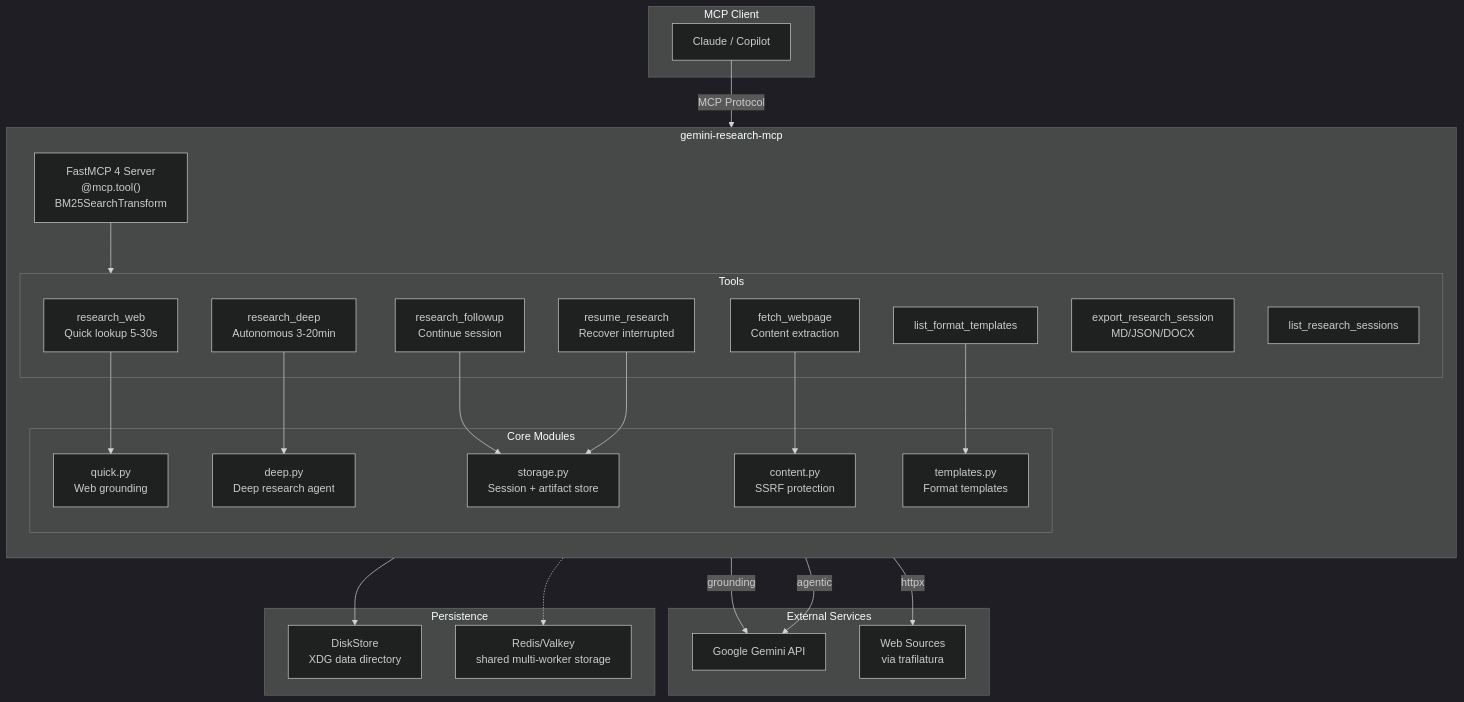
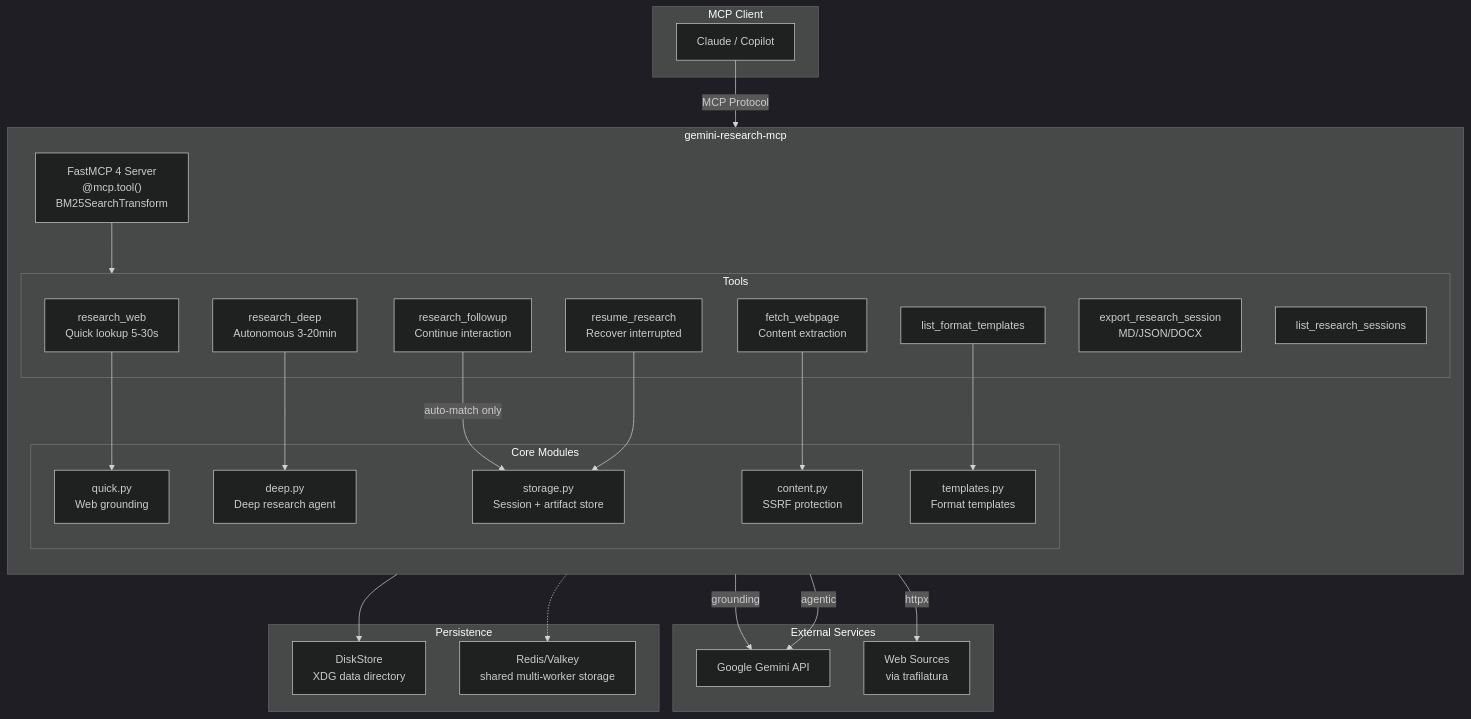
One commit to fortaine/gemini-research-mcp changed the diagram in README.md. Above: the diagram before and after it, drawn with Mermaid (dark theme). The commit also changed other lines of this file and 7 other files, not shown here.

````diff
--- a/README.md
+++ b/README.md
@@ -22,56 +22,56 @@
 ```mermaid
 flowchart TB
     subgraph Client["MCP Client"]
         Claude["Claude / Copilot"]
     end
 
     subgraph Server["gemini-research-mcp"]
         direction TB
         FastMCP["FastMCP 4 Server<br/>@mcp.tool()<br/>BM25SearchTransform"]
         
         subgraph Tools["Tools"]
             RW["research_web<br/>Quick lookup 5-30s"]
             RD["research_deep<br/>Autonomous 3-20min"]
-            RF["research_followup<br/>Continue session"]
+            RF["research_followup<br/>Continue interaction"]
             RR["resume_research<br/>Recover interrupted"]
             FW["fetch_webpage<br/>Content extraction"]
             EX["export_research_session<br/>MD/JSON/DOCX"]
             LS["list_research_sessions"]
             LT["list_format_templates"]
         end
 
         subgraph Modules["Core Modules"]
             Quick["quick.py<br/>Web grounding"]
             Deep["deep.py<br/>Deep research agent"]
             Content["content.py<br/>SSRF protection"]
             StorageMod["storage.py<br/>Session + artifact store"]
             Templates["templates.py<br/>Format templates"]
         end
     end
 
     subgraph External["External Services"]
         Gemini["Google Gemini API"]
         Web["Web Sources<br/>via trafilatura"]
     end
 
     subgraph Storage["Persistence"]
         Disk["DiskStore<br/>XDG data directory"]
         Redis["Redis/Valkey<br/>shared multi-worker storage"]
     end
 
     Claude -->|"MCP Protocol"| FastMCP
     FastMCP --> Tools
     
     RW --> Quick
     RD --> Deep
-    RF --> StorageMod
+    RF -->|"auto-match only"| StorageMod
     RR --> StorageMod
     FW --> Content
     LT --> Templates
     
     Quick -->|"grounding"| Gemini
     Deep -->|"agentic"| Gemini
     Content -->|"httpx"| Web
     StorageMod --> Disk
     StorageMod -.-> Redis
 ```
````
